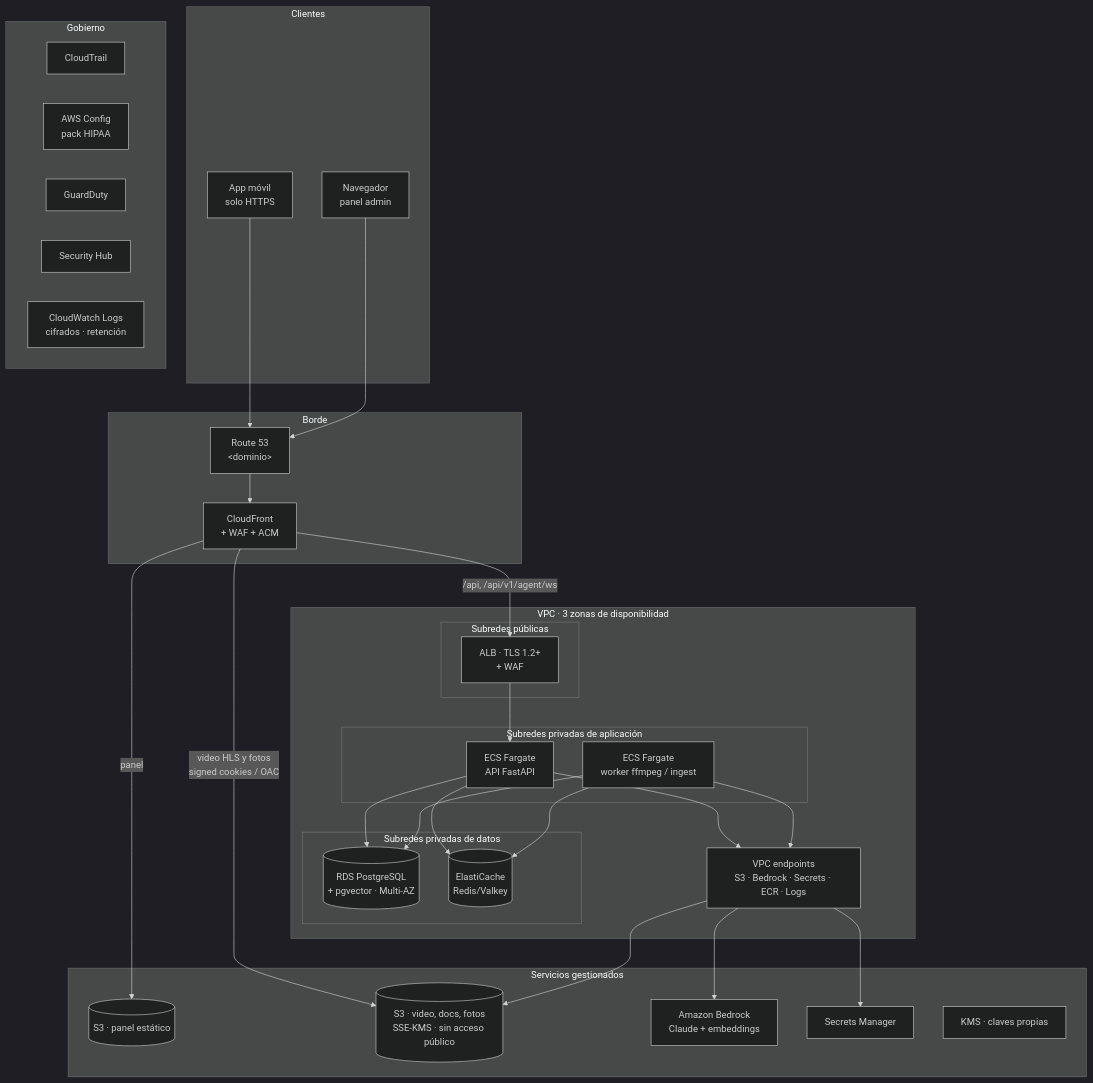
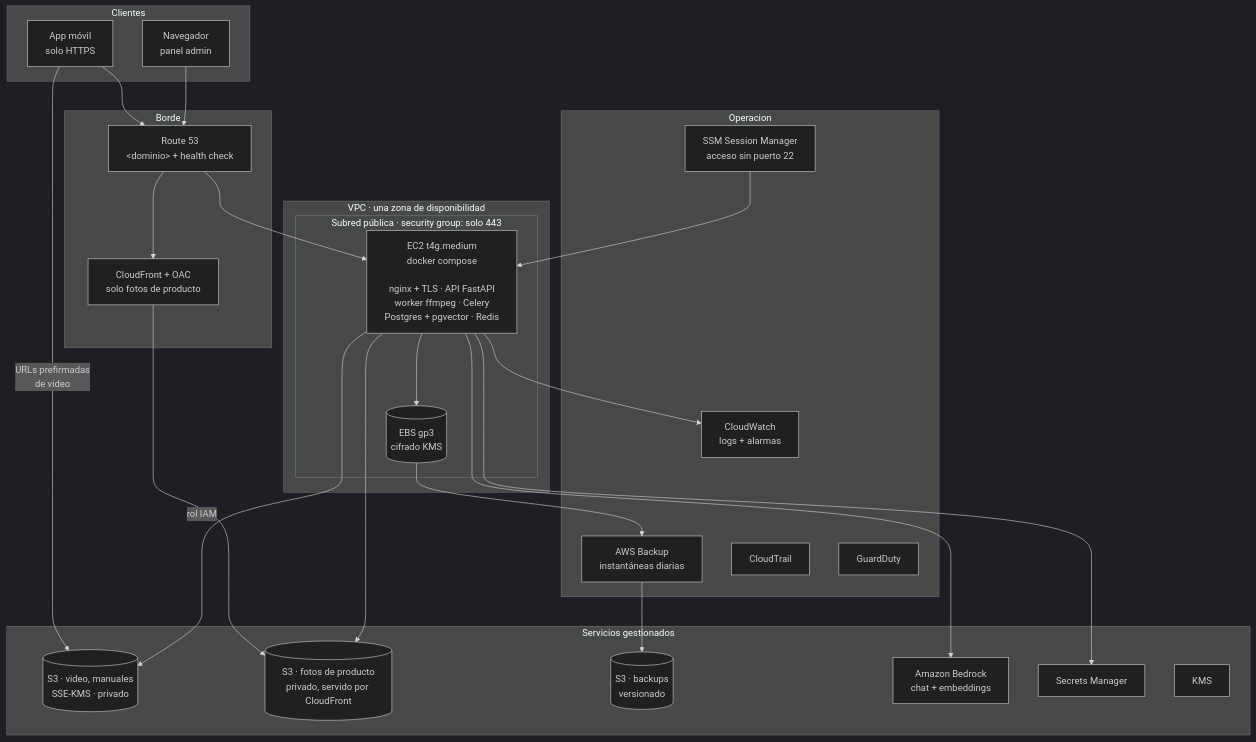
Before and after one commit to mafito05/demo_eca: the diagram in docs/arquitectura-aws-hipaa.md, drawn with Mermaid (dark theme). The commit also changed other lines of this file and 1 other file, not shown here.

First line of the commit message:
Documentacion: el plan AWS pasa a una EC2 con Docker

````diff
--- a/docs/arquitectura-aws-hipaa.md
+++ b/docs/arquitectura-aws-hipaa.md
@@ -62,60 +101,52 @@
 ```mermaid
 flowchart TB
     subgraph Clientes
         APP[App móvil<br/>solo HTTPS]
         WEB[Navegador<br/>panel admin]
     end
 
     subgraph Borde
-        R53[Route 53<br/>&lt;dominio&gt;]
-        CF[CloudFront<br/>+ WAF + ACM]
+        R53[Route 53<br/>&lt;dominio&gt; + health check]
+        CF[CloudFront + OAC<br/>solo fotos de producto]
     end
 
-    subgraph VPC["VPC · 3 zonas de disponibilidad"]
-        subgraph Publica[Subredes públicas]
-            ALB[ALB · TLS 1.2+<br/>+ WAF]
+    subgraph VPC["VPC · una zona de disponibilidad"]
+        subgraph Publica["Subred pública · security group: solo 443"]
+            EC2["EC2 t4g.medium<br/>docker compose<br/><br/>nginx + TLS · API FastAPI<br/>worker ffmpeg · Celery<br/>Postgres + pgvector · Redis"]
+            EBS[(EBS gp3<br/>cifrado KMS)]
         end
-        subgraph Privada[Subredes privadas de aplicación]
-            API[ECS Fargate<br/>API FastAPI]
-            WRK[ECS Fargate<br/>worker ffmpeg / ingest]
-        end
-        subgraph Datos[Subredes privadas de datos]
-            RDS[(RDS PostgreSQL<br/>+ pgvector · Multi-AZ)]
-            EC[(ElastiCache<br/>Redis/Valkey)]
-        end
-        VPCE[VPC endpoints<br/>S3 · Bedrock · Secrets · ECR · Logs]
     end
 
     subgraph Gestionados["Servicios gestionados"]
-        S3P[(S3 · panel estático)]
-        S3M[(S3 · video, docs, fotos<br/>SSE-KMS · sin acceso público)]
-        BR[Amazon Bedrock<br/>Claude + embeddings]
+        S3M[(S3 · video, manuales<br/>SSE-KMS · privado)]
+        S3P[(S3 · fotos de producto<br/>privado, servido por CloudFront)]
+        S3B[(S3 · backups<br/>versionado)]
+        BR[Amazon Bedrock<br/>chat + embeddings]
         SM[Secrets Manager]
-        KMS[KMS · claves propias]
+        KMS[KMS]
     end
 
-    subgraph Gobierno
+    subgraph Operacion
+        SSM[SSM Session Manager<br/>acceso sin puerto 22]
+        CW[CloudWatch<br/>logs + alarmas]
+        BK[AWS Backup<br/>instantáneas diarias]
         CT[CloudTrail]
-        CFG[AWS Config<br/>pack HIPAA]
         GD[GuardDuty]
-        SH[Security Hub]
-        CW[CloudWatch Logs<br/>cifrados · retención]
     end
 
     APP --> R53
     WEB --> R53
+    R53 --> EC2
     R53 --> CF
-    CF -->|/api, /api/v1/agent/ws| ALB
-    CF -->|panel| S3P
-    CF -->|video HLS y fotos<br/>signed cookies / OAC| S3M
-    ALB --> API
-    API --> RDS
-    API --> EC
-    WRK --> RDS
-    WRK --> EC
-    API --> VPCE
-    WRK --> VPCE
-    VPCE --> S3M
-    VPCE --> BR
-    VPCE --> SM
+    CF --> S3P
+    APP -->|URLs prefirmadas<br/>de video| S3M
+    EC2 --> EBS
+    EC2 -->|rol IAM| S3M
+    EC2 --> S3P
+    EC2 --> BR
+    EC2 --> SM
+    EBS --> BK
+    BK --> S3B
+    EC2 --> CW
+    SSM --> EC2
 ```
````
